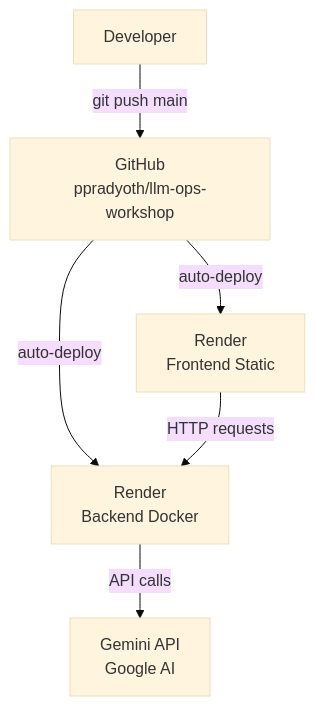
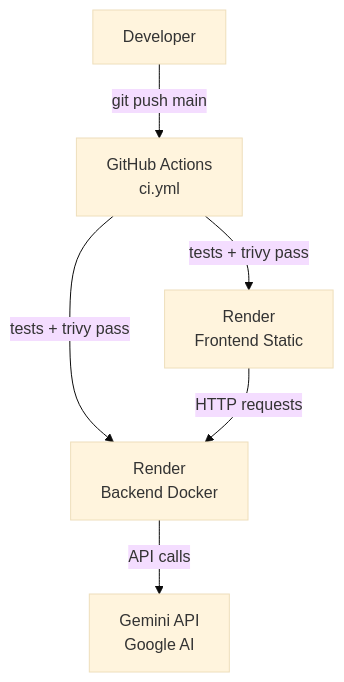
One commit to ppradyoth/llm-ops-workshop changed the diagram in docs/deployment.md. Above: the diagram before and after it, drawn with Mermaid (base theme). The commit also changed other lines of this file and 2 other files, not shown here.

Commit message:
Update docs to reflect gated CI/CD pipeline and disabled auto-deploy

````diff
--- a/docs/deployment.md
+++ b/docs/deployment.md
@@ -9,14 +9,14 @@
 ```mermaid
 flowchart TD
   Dev[Developer]
-  GH[GitHub\nppradyoth/llm-ops-workshop]
+  GH[GitHub Actions\nci.yml]
   RB[Render\nBackend Docker]
   RF[Render\nFrontend Static]
   GEM[Gemini API\nGoogle AI]
 
   Dev -->|git push main| GH
-  GH -->|auto-deploy| RB
-  GH -->|auto-deploy| RF
+  GH -->|tests + trivy pass| RB
+  GH -->|tests + trivy pass| RF
   RB -->|API calls| GEM
   RF -->|HTTP requests| RB
 ```
````
